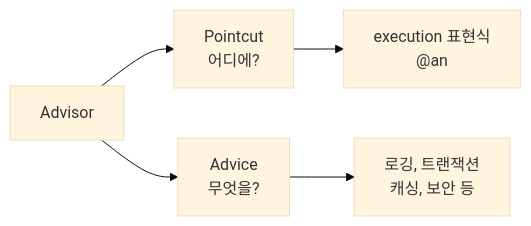
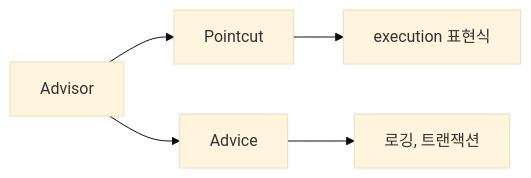
Before and after one commit to yjkim2015/yjkim2015.github.io: the seventh of 11 diagrams in _posts/spring/2026-05-02-spring-core-advanced.md, drawn with Mermaid (base theme). The commit also changed other lines of this file and 217 other files, not shown here.

First line of the commit message:
Mermaid 크기 수정: useMaxWidth:true + SVG max-width:100% + 라벨 축소

````diff
--- a/_posts/spring/2026-05-02-spring-core-advanced.md
+++ b/_posts/spring/2026-05-02-spring-core-advanced.md
@@ -480,7 +480,7 @@
 ```mermaid
 graph LR
-    A["Advisor"] --> B["Pointcut\n어디에?"]
-    A --> C["Advice\n무엇을?"]
-    B --> D["execution 표현식\n@an"]
-    C --> E["로깅, 트랜잭션\n캐싱, 보안 등"]
+    A["Advisor"] --> B["Pointcut"]
+    A --> C["Advice"]
+    B --> D["execution 표현식"]
+    C --> E["로깅, 트랜잭션"]
 ```
````
